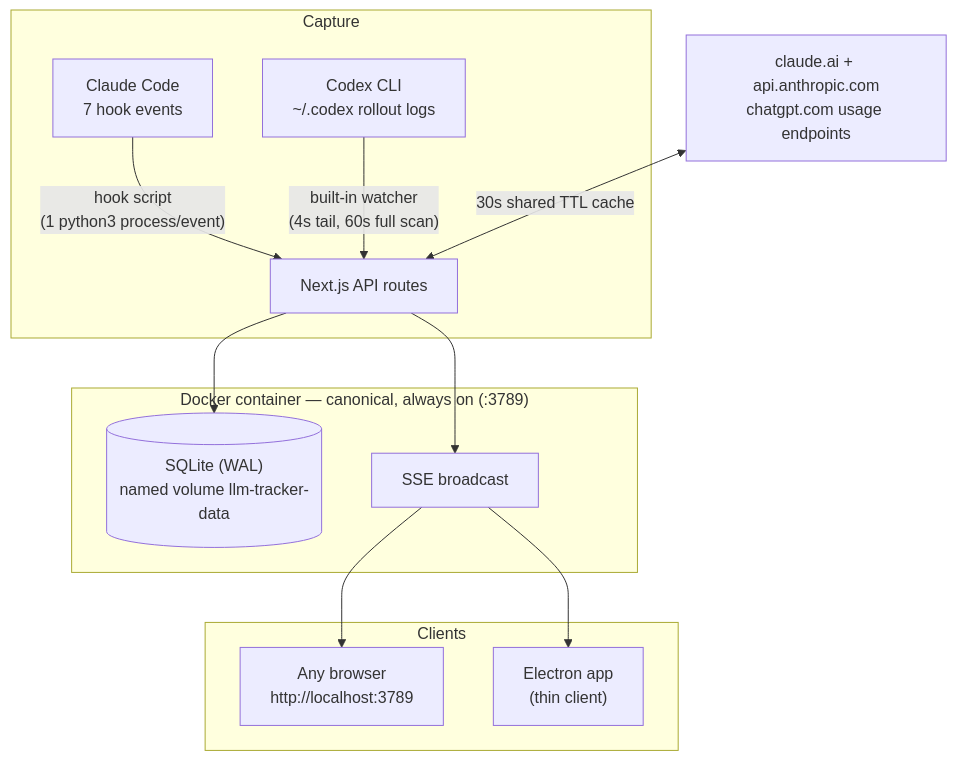
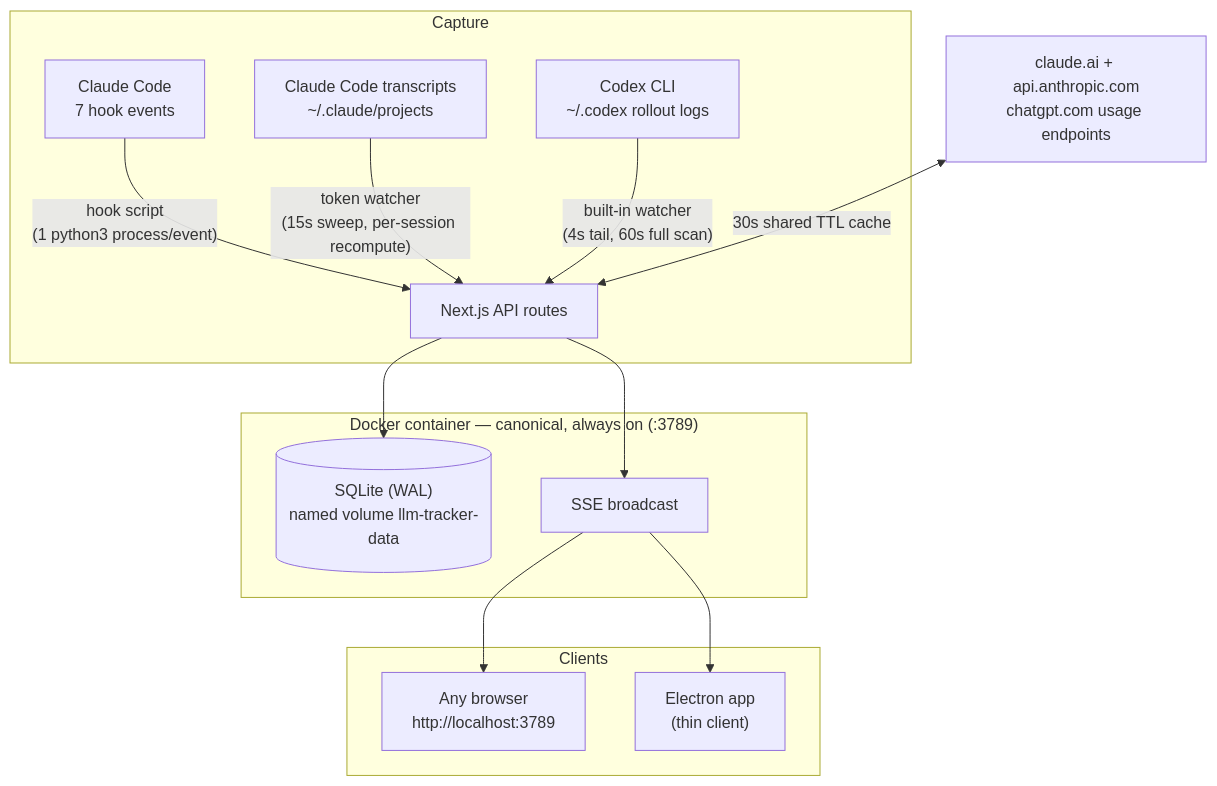
Before and after one commit to ninedter/llm-usage-tracker: the diagram in README.md, drawn with Mermaid. The commit also changed other lines of this file, not shown here.

First line of the commit message:
docs: README covers Claude transcript token ingestion + unified analytics

````diff
--- a/README.md
+++ b/README.md
@@ -88,21 +93,22 @@
 ```mermaid
 flowchart TB
     subgraph capture [Capture]
         CC["Claude Code<br/>7 hook events"] -->|"hook script<br/>(1 python3 process/event)"| API
+        CT["Claude Code transcripts<br/>~/.claude/projects"] -->|"token watcher<br/>(15s sweep, per-session recompute)"| API
         CX["Codex CLI<br/>~/.codex rollout logs"] -->|"built-in watcher<br/>(4s tail, 60s full scan)"| API
     end
 
     subgraph docker ["Docker container — canonical, always on (:3789)"]
         API["Next.js API routes"] --> DB[("SQLite (WAL)<br/>named volume llm-tracker-data")]
         API --> SSE["SSE broadcast"]
     end
 
     subgraph clients [Clients]
         BROWSER["Any browser<br/>http://localhost:3789"]
         ELECTRON["Electron app<br/>(thin client)"]
     end
 
     SSE --> BROWSER
     SSE --> ELECTRON
     UP["claude.ai + api.anthropic.com<br/>chatgpt.com usage endpoints"] <-->|"30s shared TTL cache"| API
 ```
````
